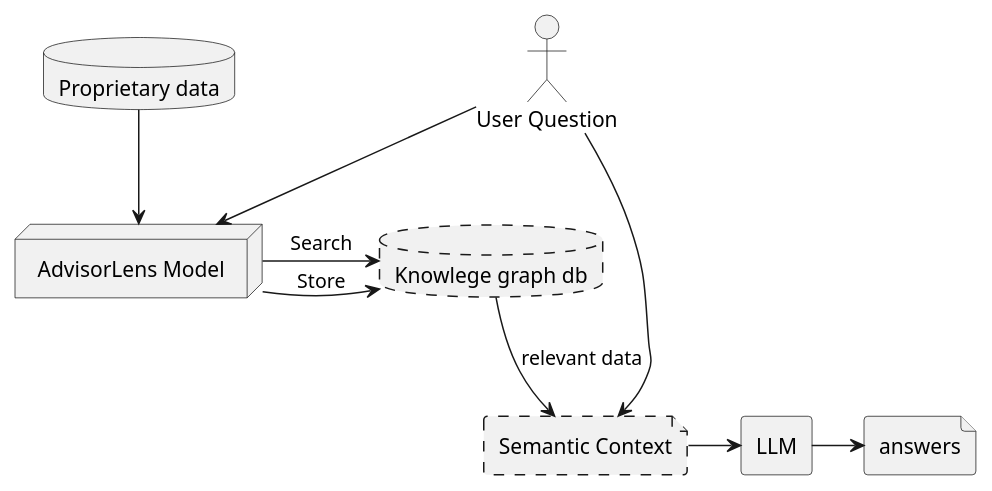
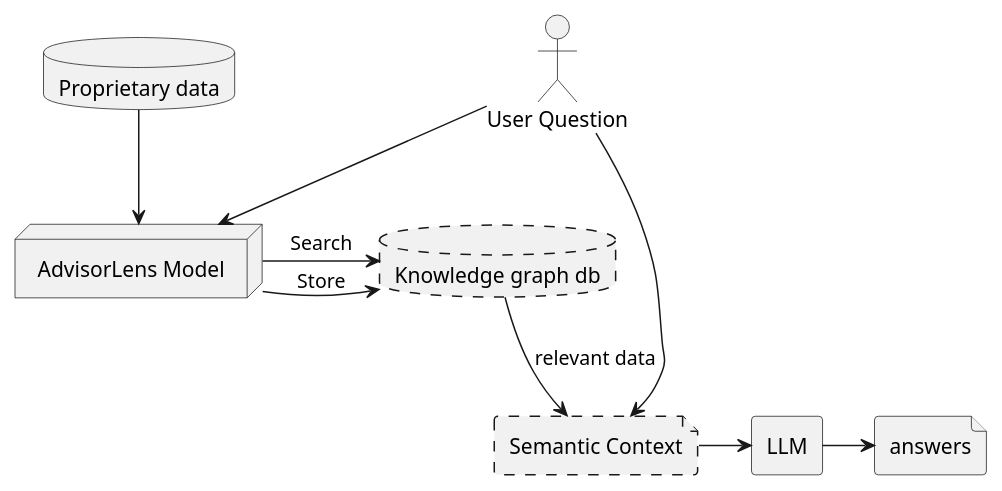
Before and after one commit to linkeddatacenter/advisorlens.com: the diagram in content/en/docs/how it works.md, drawn with PlantUML. The commit also changed other lines of this file, not shown here.

````diff
--- a/content/en/docs/how it works.md
+++ b/content/en/docs/how it works.md
@@ -22,20 +20,20 @@
 ```plantuml
 database "Proprietary data" as data
 actor "User Question" as questions
 node "AdvisorLens Model" as model
-database "Knowlege graph db" as kb #line.dashed
+database "Knowledge graph db" as kb #line.dashed
 file "Semantic Context" as prompt #line.dashed
 agent LLM
 file "answers"
 
 data --> model
 questions --> model
 model -> kb : Store
 model -> kb : Search
 
 questions --> prompt
 kb --> prompt : relevant data
 
 prompt -> LLM
 LLM -> answers
 ```
````
